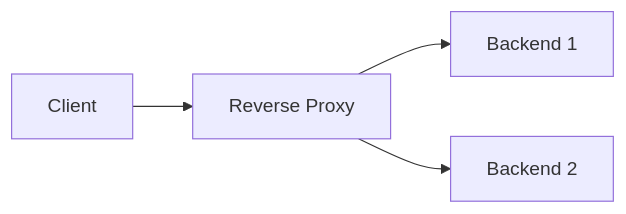
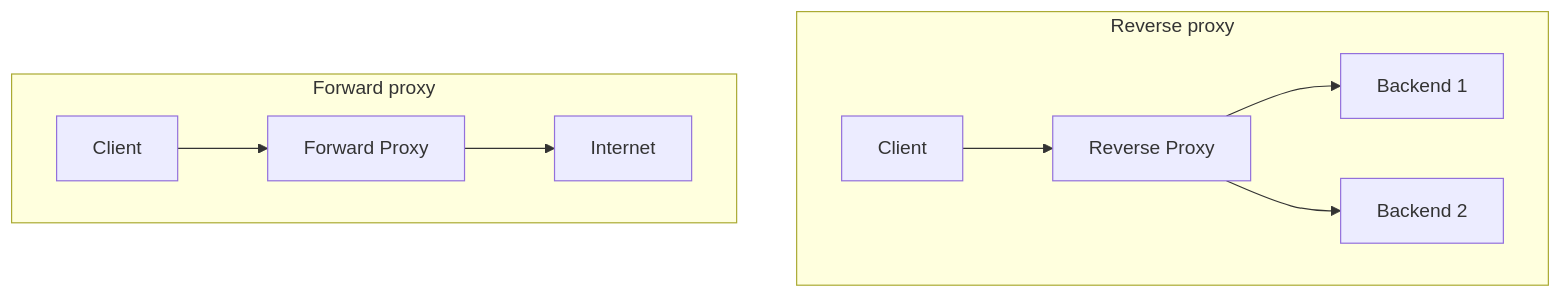
Before and after one commit to hareramcse/SystemDesign: diagram 20 of 27 in 01-networking/README.md, drawn with Mermaid. The commit also changed other lines of this file and 14 other files, not shown here.

````diff
--- a/01-networking/README.md
+++ b/01-networking/README.md
@@ -3790,5 +1416,13 @@
 ```mermaid
 flowchart LR
-    C[Client] --> P[Reverse Proxy] --> B1[Backend 1]
-    P --> B2[Backend 2]
+    subgraph Forward["Forward proxy"]
+        direction LR
+        CF[Client] --> PF[Forward Proxy] --> W[Internet]
+    end
+    subgraph Reverse["Reverse proxy"]
+        direction LR
+        CR[Client] --> PR[Reverse Proxy] --> B1[Backend 1]
+        PR --> B2[Backend 2]
+    end
+    Forward ~~~ Reverse
 ```
````
